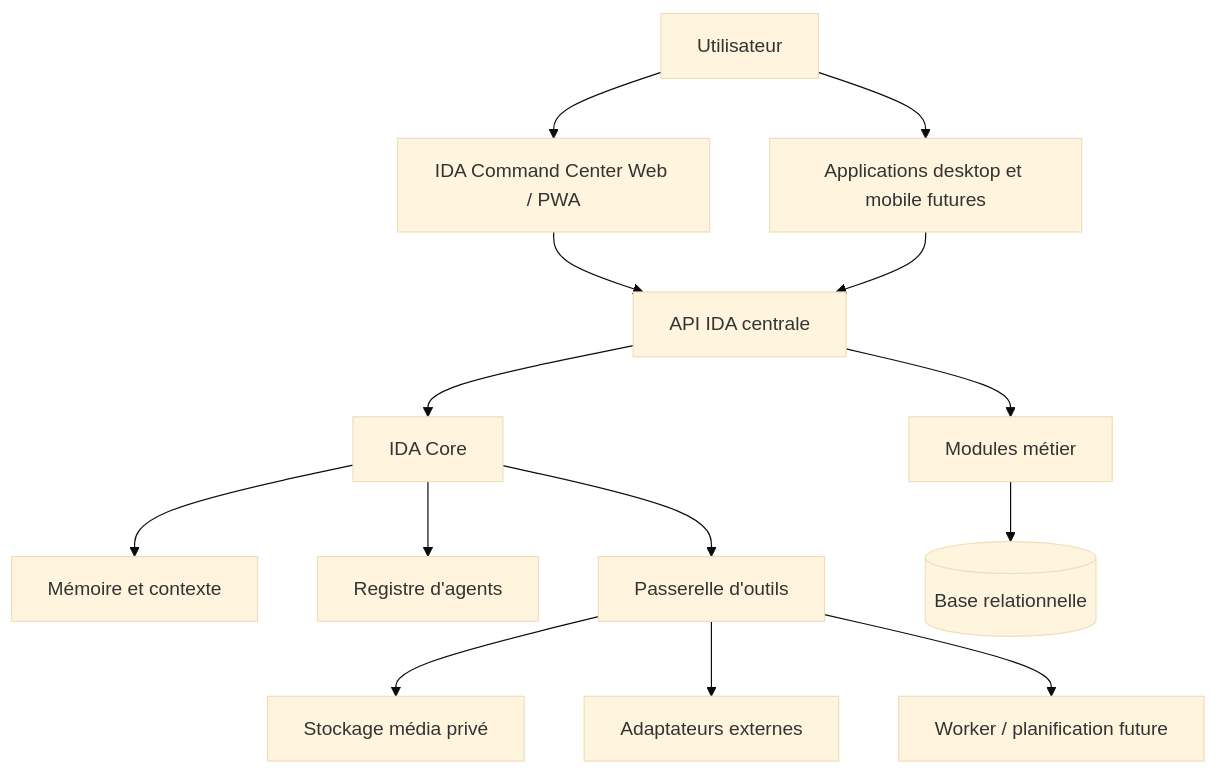
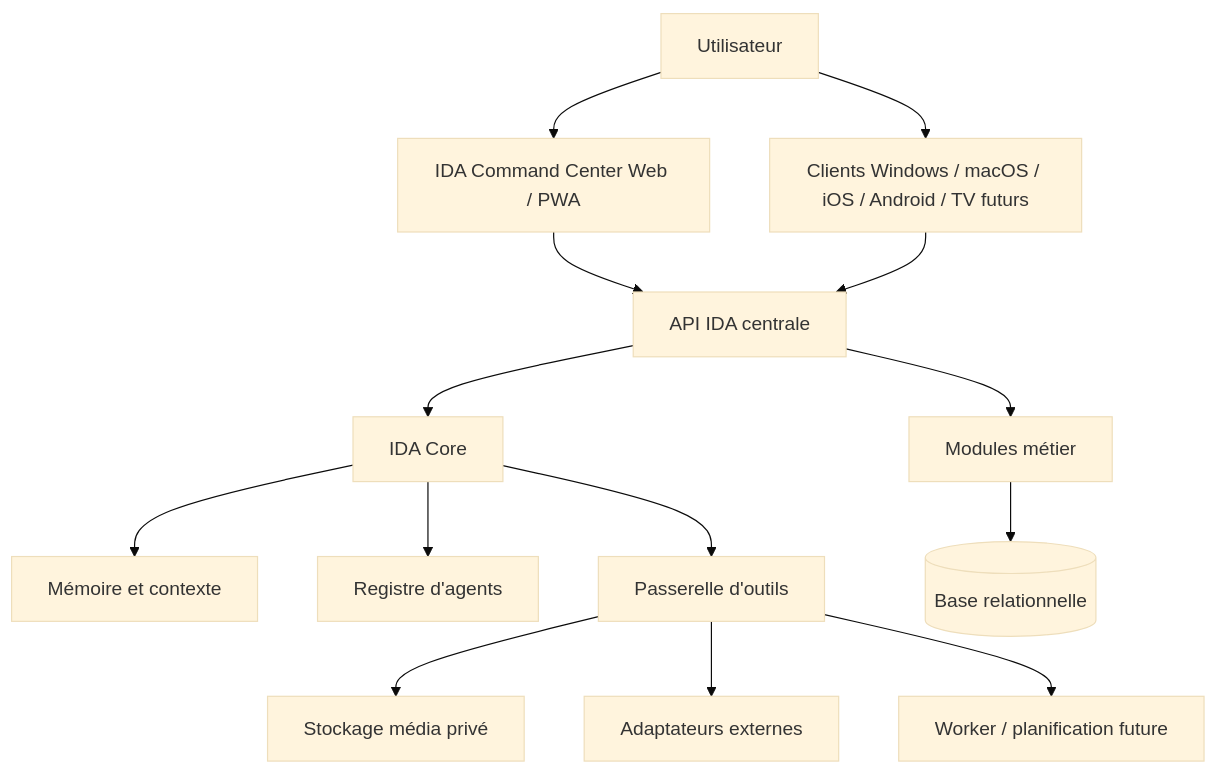
Before and after one commit to AlessandroConcetti/IDA: the diagram in ARCHITECTURE.md, drawn with Mermaid (base theme). The commit also changed other lines of this file and 11 other files, not shown here.

````diff
--- a/ARCHITECTURE.md
+++ b/ARCHITECTURE.md
@@ -23,19 +23,19 @@
 ```mermaid
 flowchart TB
   User[Utilisateur] --> Web[IDA Command Center Web / PWA]
-  User --> Native[Applications desktop et mobile futures]
+  User --> Native[Clients Windows / macOS / iOS / Android / TV futurs]
 
   Web --> API[API IDA centrale]
   Native --> API
 
   API --> Core[IDA Core]
   API --> Modules[Modules métier]
   Core --> Memory[Mémoire et contexte]
   Core --> Registry[Registre d'agents]
   Core --> Gateway[Passerelle d'outils]
 
   Modules --> DB[(Base relationnelle)]
   Gateway --> Storage[Stockage média privé]
   Gateway --> Integrations[Adaptateurs externes]
   Gateway --> Jobs[Worker / planification future]
 ```
````
